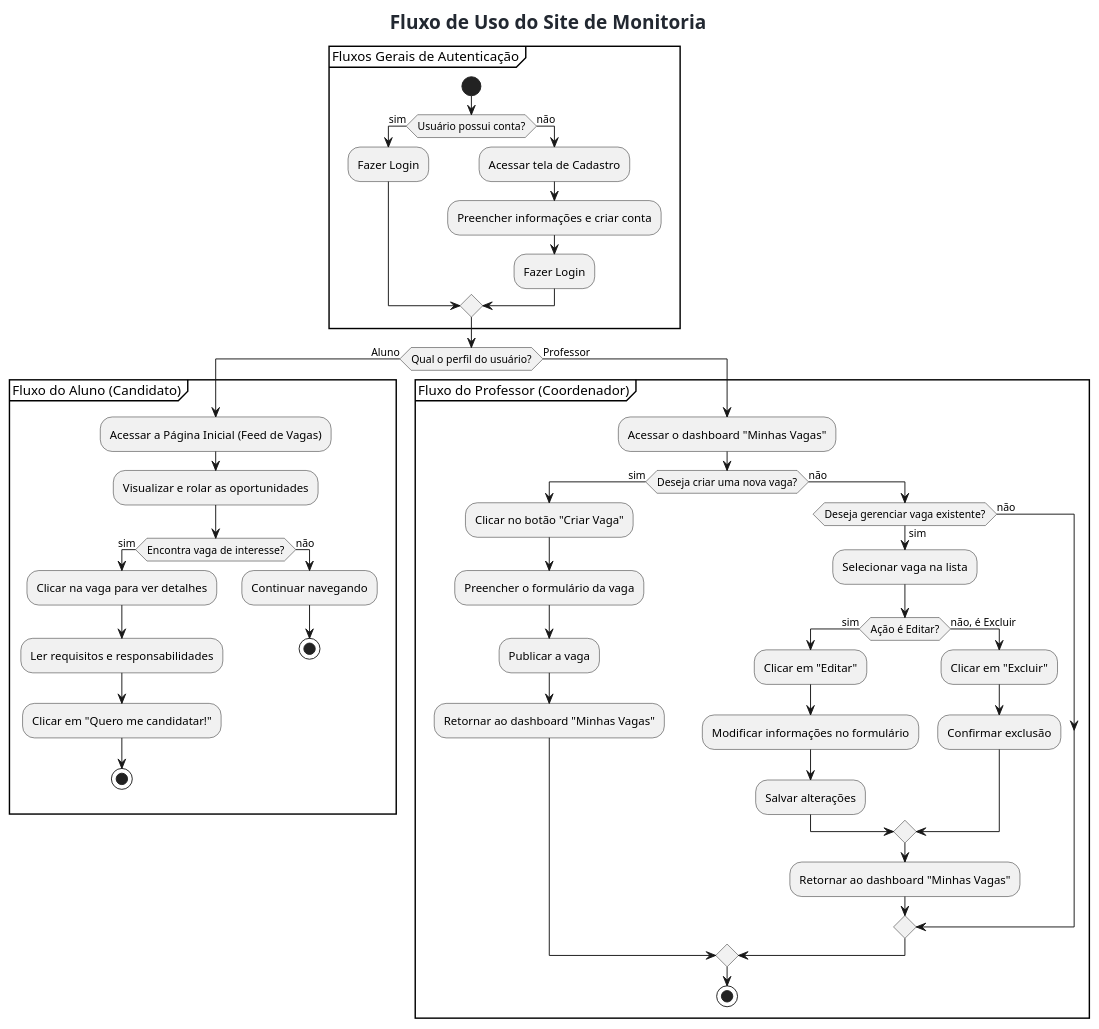
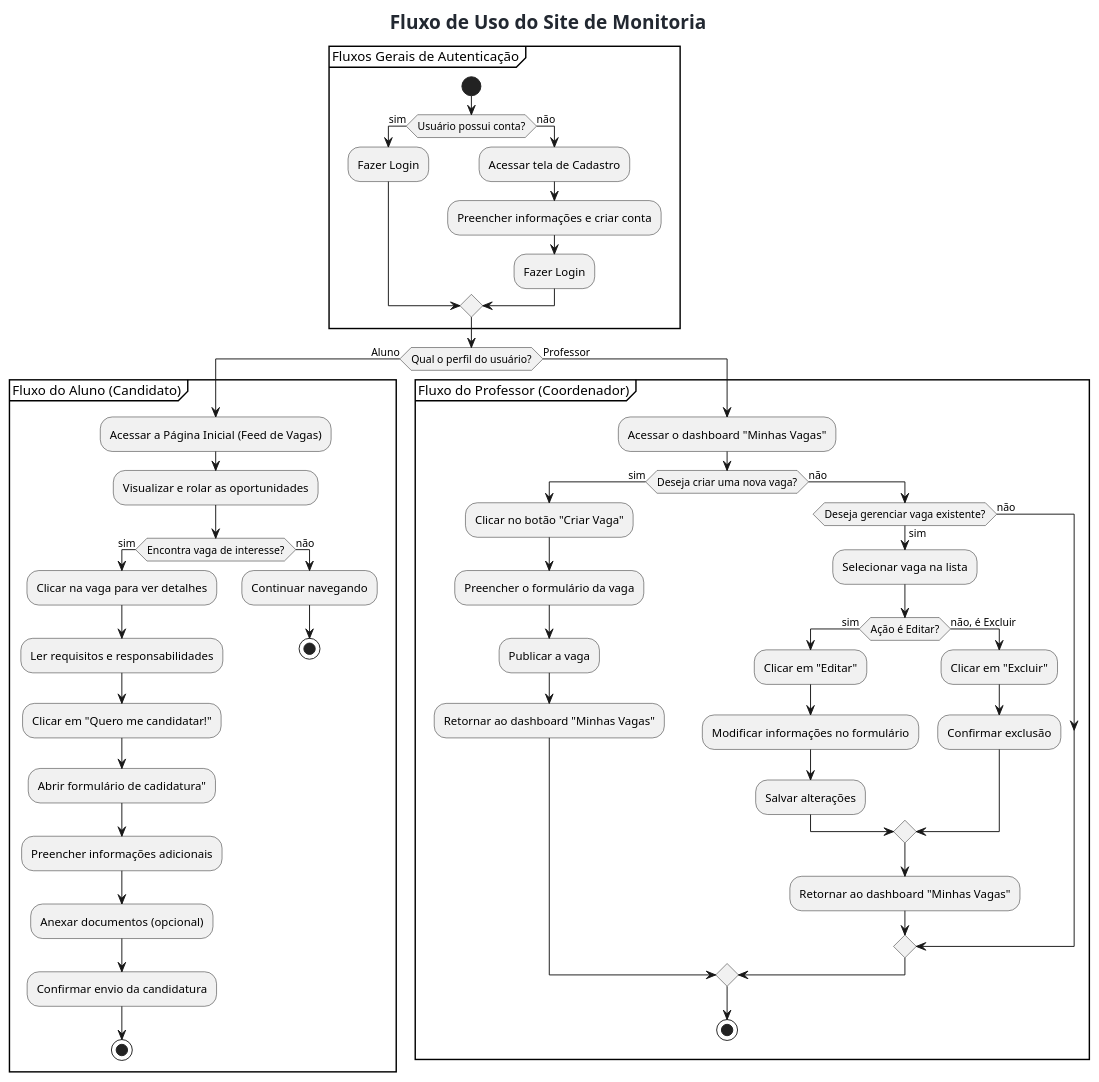
One commit to joaogabriell126/PFE_25.2_8002_V changed the diagram in docs/escopo/fluxos-de-tarefa.md. Above: the diagram before and after it, drawn with PlantUML. The commit also changed 1 other file, not shown here.

Commit message:
docs: maior detalhes sobre cadidatura no fluxograma

````diff
--- a/docs/escopo/fluxos-de-tarefa.md
+++ b/docs/escopo/fluxos-de-tarefa.md
@@ -3,67 +3,71 @@
 ```puml
 @startuml
 title Fluxo de Uso do Site de Monitoria
 
 skinparam title {
   FontSize 20
   FontColor #222831
 }
 
 ' 1. FLUXO DE AUTENTICAÇÃO (INÍCIO)
 partition "Fluxos Gerais de Autenticação" {
     start
     if (Usuário possui conta?) then (sim)
         :Fazer Login;
     else (não)
         :Acessar tela de Cadastro;
         :Preencher informações e criar conta;
         :Fazer Login;
     endif
 }
 
 ' 2. DECISÃO CENTRAL APÓS AUTENTICAÇÃO
 if (Qual o perfil do usuário?) then (Aluno)
     ' 3. FLUXO DO ALUNO
     partition "Fluxo do Aluno (Candidato)" {
         :Acessar a Página Inicial (Feed de Vagas);
         :Visualizar e rolar as oportunidades;
         if (Encontra vaga de interesse?) then (sim)
             :Clicar na vaga para ver detalhes;
             :Ler requisitos e responsabilidades;
             :Clicar em "Quero me candidatar!";
+            :Abrir formulário de cadidatura";
+            :Preencher informações adicionais;
+            :Anexar documentos (opcional);
+            :Confirmar envio da candidatura;
             stop
         else (não)
             :Continuar navegando;
             stop
         endif
     }
 else (Professor)
     ' 4. FLUXO DO PROFESSOR
     partition "Fluxo do Professor (Coordenador)" {
         :Acessar o dashboard "Minhas Vagas";
         if (Deseja criar uma nova vaga?) then (sim)
             :Clicar no botão "Criar Vaga";
             :Preencher o formulário da vaga;
             :Publicar a vaga;
             :Retornar ao dashboard "Minhas Vagas";
         else (não)
             if (Deseja gerenciar vaga existente?) then (sim)
                 :Selecionar vaga na lista;
                 if (Ação é Editar?) then (sim)
                     :Clicar em "Editar";
                     :Modificar informações no formulário;
                     :Salvar alterações;
                 else (não, é Excluir)
                     :Clicar em "Excluir";
                     :Confirmar exclusão;
                 endif
                 :Retornar ao dashboard "Minhas Vagas";
             else (não)
                 endif
         endif
         stop
     }
 endif
 
 @enduml
 ```
````
